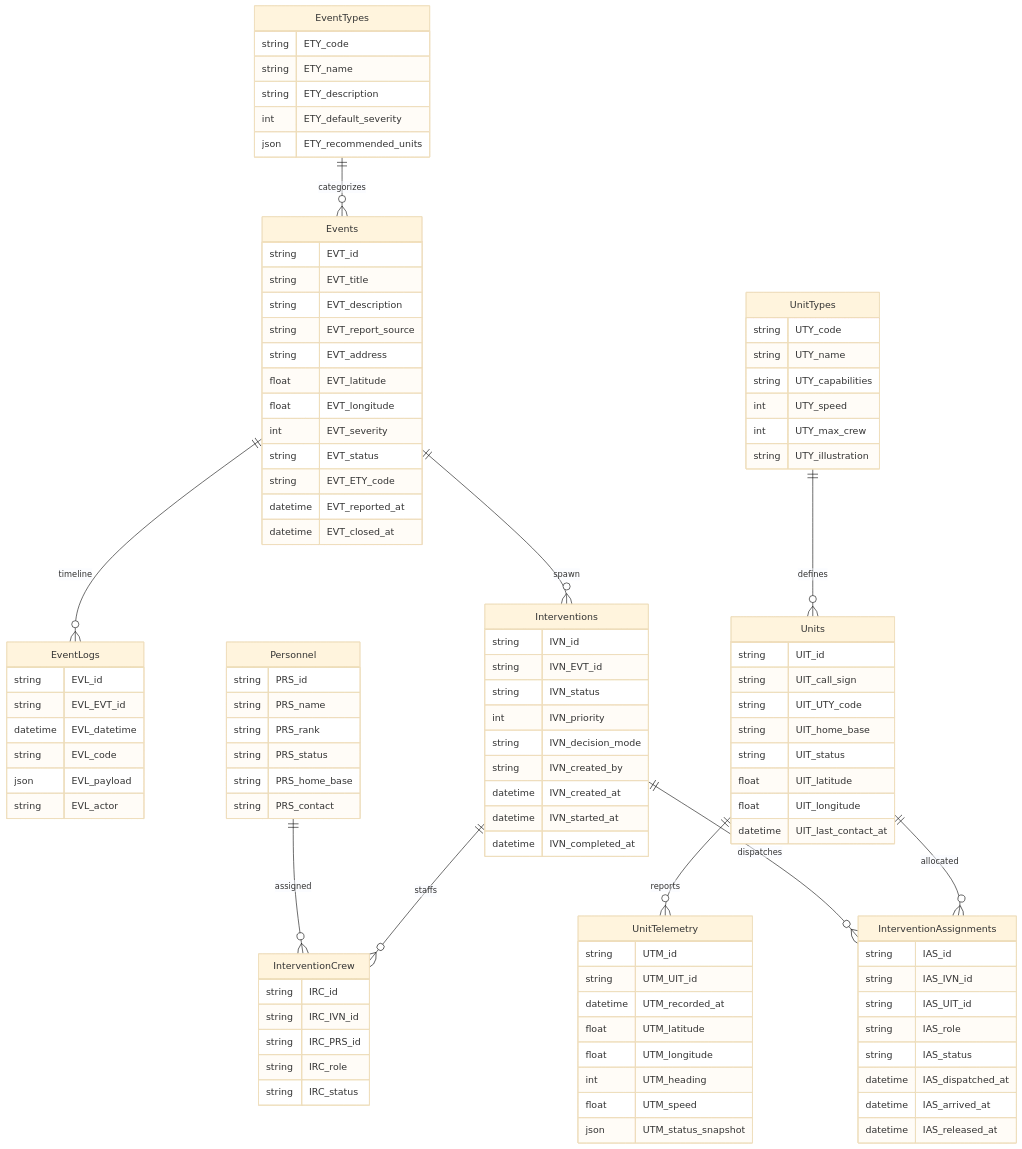
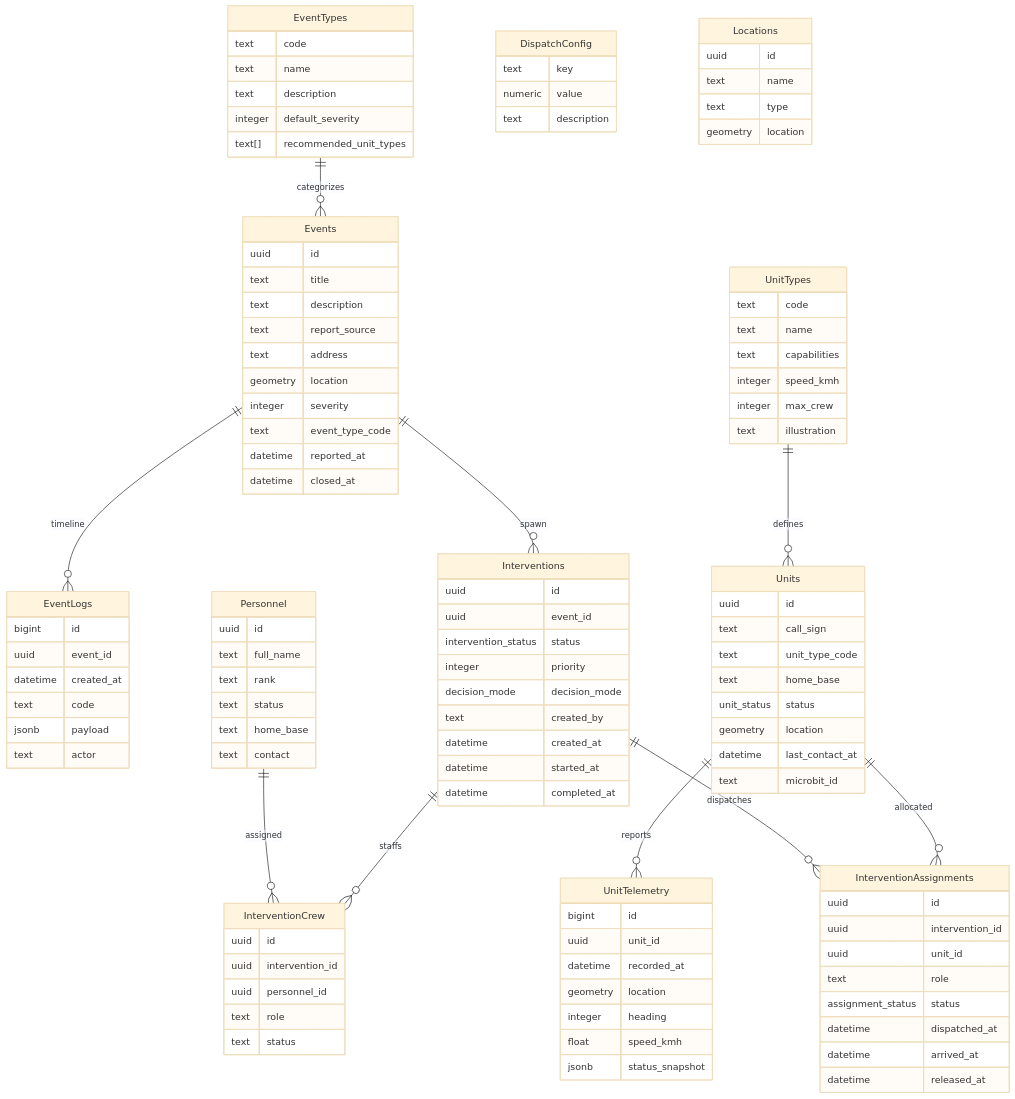
The second of 2 diagrams in README.md (loan-mgt/fast-pin-pon), drawn with Mermaid (base theme) before and after one commit. The commit also changed other lines of this file, not shown here.

````diff
--- a/README.md
+++ b/README.md
@@ -144,106 +245,116 @@
   Personnel ||--o{ InterventionCrew : "assigned"
   Interventions ||--o{ InterventionCrew : "staffs"
 
+  DispatchConfig {
+    text key
+    numeric value
+    text description
+  }
+
+  Locations {
+    uuid id
+    text name
+    text type
+    geometry location
+  }
+
   EventTypes {
-    string ETY_code
-    string ETY_name
-    string ETY_description
-    int ETY_default_severity
-    json ETY_recommended_units
+    text code
+    text name
+    text description
+    integer default_severity
+    text[] recommended_unit_types
   }
 
   Events {
-    string EVT_id
-    string EVT_title
-    string EVT_description
-    string EVT_report_source
-    string EVT_address
-    float EVT_latitude
-    float EVT_longitude
-    int EVT_severity
-    string EVT_status
-    string EVT_ETY_code
-    datetime EVT_reported_at
-    datetime EVT_closed_at
+    uuid id
+    text title
+    text description
+    text report_source
+    text address
+    geometry location
+    integer severity
+    text event_type_code
+    datetime reported_at
+    datetime closed_at
   }
 
   EventLogs {
-    string EVL_id
-    string EVL_EVT_id
-    datetime EVL_datetime
-    string EVL_code
-    json EVL_payload
-    string EVL_actor
+    bigint id
+    uuid event_id
+    datetime created_at
+    text code
+    jsonb payload
+    text actor
   }
 
   Interventions {
-    string IVN_id
-    string IVN_EVT_id
-    string IVN_status
-    int IVN_priority
-    string IVN_decision_mode
-    string IVN_created_by
-    datetime IVN_created_at
-    datetime IVN_started_at
-    datetime IVN_completed_at
+    uuid id
+    uuid event_id
+    intervention_status status
+    integer priority
+    decision_mode decision_mode
+    text created_by
+    datetime created_at
+    datetime started_at
+    datetime completed_at
   }
 
   InterventionAssignments {
-    string IAS_id
-    string IAS_IVN_id
-    string IAS_UIT_id
-    string IAS_role
-    string IAS_status
-    datetime IAS_dispatched_at
-    datetime IAS_arrived_at
-    datetime IAS_released_at
+    uuid id
+    uuid intervention_id
+    uuid unit_id
+    text role
+    assignment_status status
+    datetime dispatched_at
+    datetime arrived_at
+    datetime released_at
   }
 
   UnitTypes {
-    string UTY_code
-    string UTY_name
-    string UTY_capabilities
-    int UTY_speed
-    int UTY_max_crew
-    string UTY_illustration
+    text code
+    text name
+    text capabilities
+    integer speed_kmh
+    integer max_crew
+    text illustration
   }
 
   Units {
-    string UIT_id
-    string UIT_call_sign
-    string UIT_UTY_code
-    string UIT_home_base
-    string UIT_status
-    float UIT_latitude
-    float UIT_longitude
-    datetime UIT_last_contact_at
+    uuid id
+    text call_sign
+    text unit_type_code
+    text home_base
+    unit_status status
+    geometry location
+    datetime last_contact_at
+    text microbit_id
   }
 
   UnitTelemetry {
-    string UTM_id
-    string UTM_UIT_id
-    datetime UTM_recorded_at
-    float UTM_latitude
-    float UTM_longitude
-    int UTM_heading
-    float UTM_speed
-    json UTM_status_snapshot
+    bigint id
+    uuid unit_id
+    datetime recorded_at
+    geometry location
+    integer heading
+    float speed_kmh
+    jsonb status_snapshot
   }
 
   Personnel {
-    string PRS_id
-    string PRS_name
-    string PRS_rank
-    string PRS_status
-    string PRS_home_base
-    string PRS_contact
+    uuid id
+    text full_name
+    text rank
+    text status
+    text home_base
+    text contact
   }
 
   InterventionCrew {
-    string IRC_id
-    string IRC_IVN_id
-    string IRC_PRS_id
-    string IRC_role
-    string IRC_status
+    uuid id
+    uuid intervention_id
+    uuid personnel_id
+    text role
+    text status
   }
 ```
````
